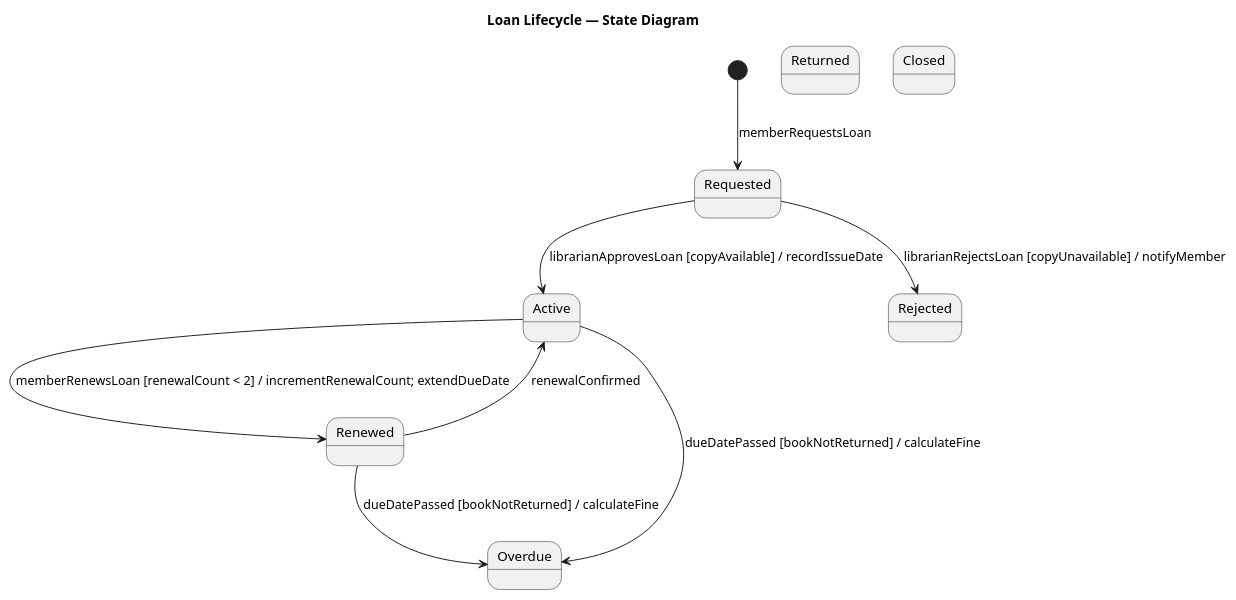
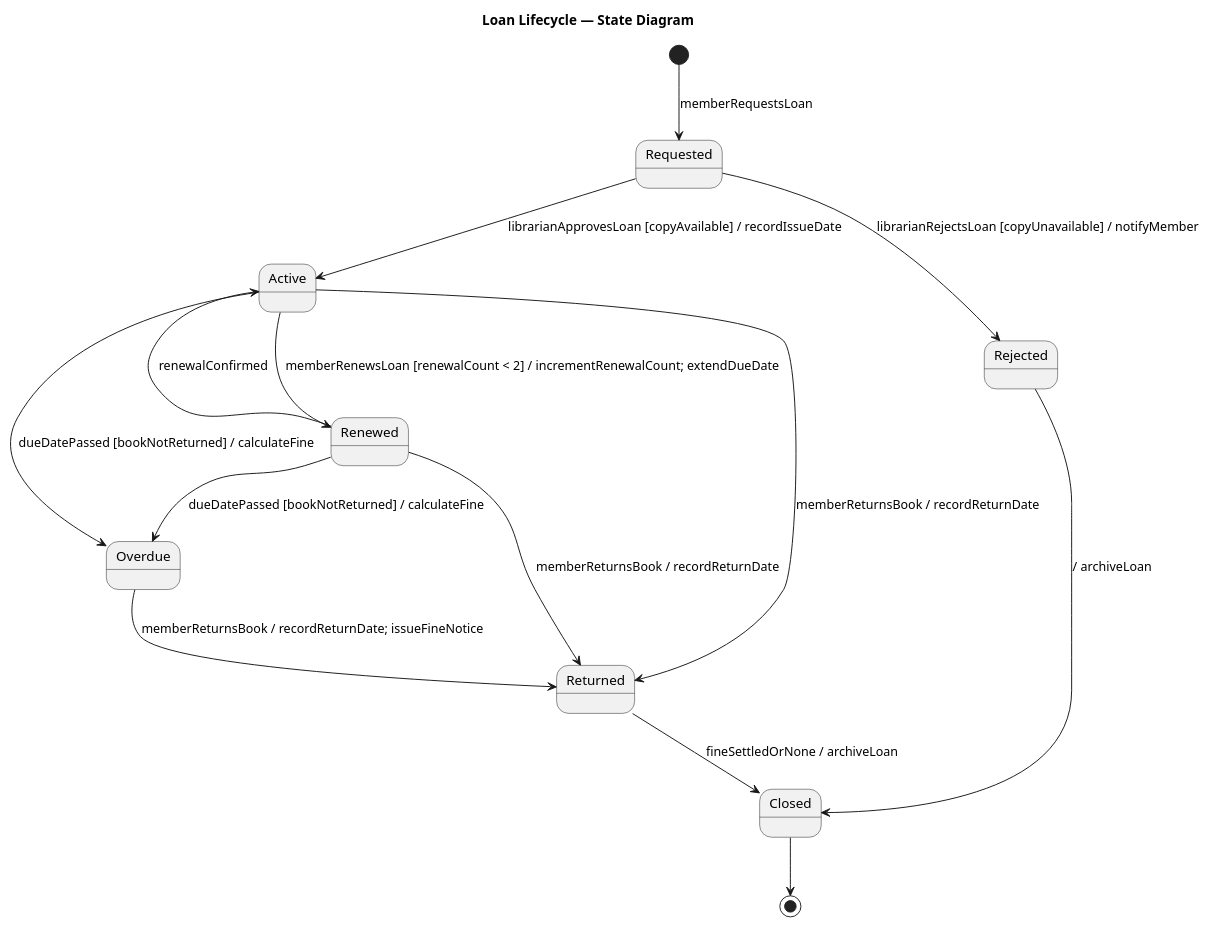
One commit to HashimZuraiqi/Software-Eng.-Project-UNTITLED changed the diagram in uml/state_loan.puml. Above: the diagram before and after it, drawn with PlantUML.

Commit message:
feat: update loan state diagram with transitions for Returned and Closed states

```diff
--- a/uml/state_loan.puml
+++ b/uml/state_loan.puml
@@ -1,22 +1,29 @@
 @startuml state_loan
 title Loan Lifecycle — State Diagram
 
 state Requested
 state Active
 state Renewed
 state Overdue
 state Returned
 state Closed
 state Rejected
 
 [*] --> Requested : memberRequestsLoan
 Requested --> Active : librarianApprovesLoan [copyAvailable] / recordIssueDate
 Requested --> Rejected : librarianRejectsLoan [copyUnavailable] / notifyMember
 
 Active --> Renewed : memberRenewsLoan [renewalCount < 2] / incrementRenewalCount; extendDueDate
 Renewed --> Active : renewalConfirmed
 
 Active --> Overdue : dueDatePassed [bookNotReturned] / calculateFine
 Renewed --> Overdue : dueDatePassed [bookNotReturned] / calculateFine
 
+Active --> Returned : memberReturnsBook / recordReturnDate
+Renewed --> Returned : memberReturnsBook / recordReturnDate
+Overdue --> Returned : memberReturnsBook / recordReturnDate; issueFineNotice
+Returned --> Closed : fineSettledOrNone / archiveLoan
+Rejected --> Closed : / archiveLoan
+Closed --> [*]
+
 @enduml
```
